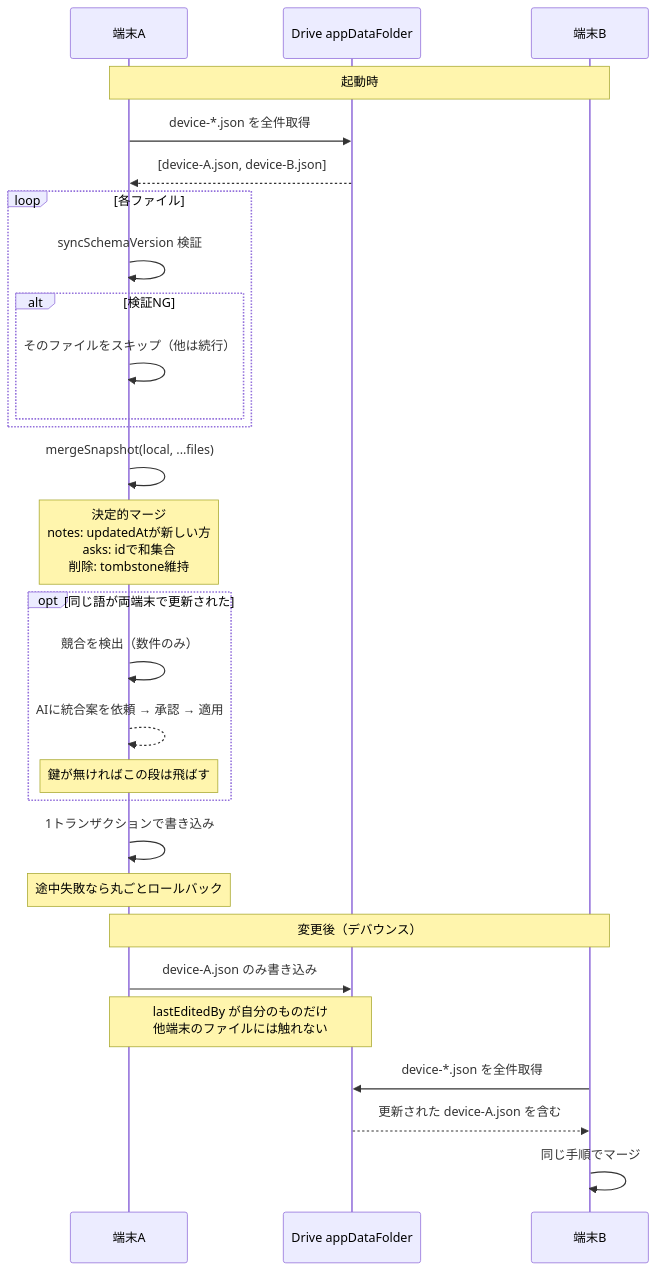
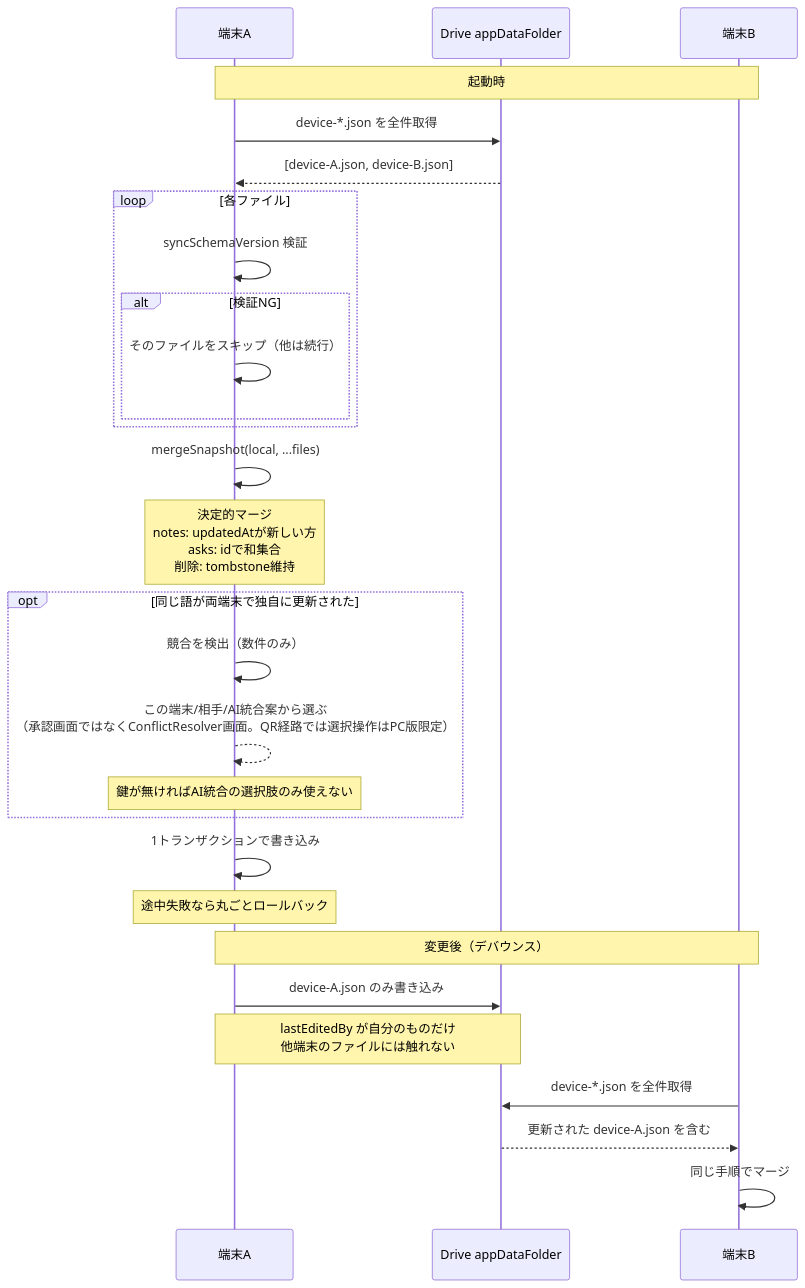
Before and after one commit to doryu0-04092/IT-Index: the fifth of 8 diagrams in docs/architecture.md, drawn with Mermaid. The commit also changed other lines of this file and 229 other files, not shown here.

````diff
--- a/docs/architecture.md
+++ b/docs/architecture.md
@@ -244,39 +288,39 @@
 ```mermaid
 sequenceDiagram
     participant A as 端末A
     participant D as Drive appDataFolder
     participant B as 端末B
 
     Note over A,B: 起動時
 
     A->>D: device-*.json を全件取得
     D-->>A: [device-A.json, device-B.json]
 
     loop 各ファイル
         A->>A: syncSchemaVersion 検証
         alt 検証NG
             A->>A: そのファイルをスキップ（他は続行）
         end
     end
 
     A->>A: mergeSnapshot(local, ...files)
     Note over A: 決定的マージ<br/>notes: updatedAtが新しい方<br/>asks: idで和集合<br/>削除: tombstone維持
 
-    opt 同じ語が両端末で更新された
+    opt 同じ語が両端末で独自に更新された
         A->>A: 競合を検出（数件のみ）
-        A-->>A: AIに統合案を依頼 → 承認 → 適用
-        Note over A: 鍵が無ければこの段は飛ばす
+        A-->>A: この端末/相手/AI統合案から選ぶ<br/>（承認画面ではなくConflictResolver画面。QR経路では選択操作はPC版限定）
+        Note over A: 鍵が無ければAI統合の選択肢のみ使えない
     end
 
     A->>A: 1トランザクションで書き込み
     Note over A: 途中失敗なら丸ごとロールバック
 
     Note over A,B: 変更後（デバウンス）
 
     A->>D: device-A.json のみ書き込み
     Note over A,D: lastEditedBy が自分のものだけ<br/>他端末のファイルには触れない
 
     B->>D: device-*.json を全件取得
     D-->>B: 更新された device-A.json を含む
     B->>B: 同じ手順でマージ
 ```
````
